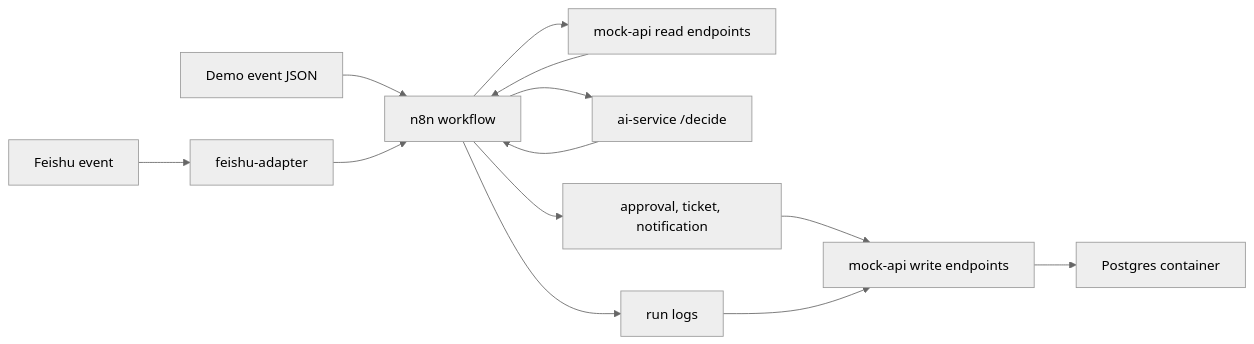
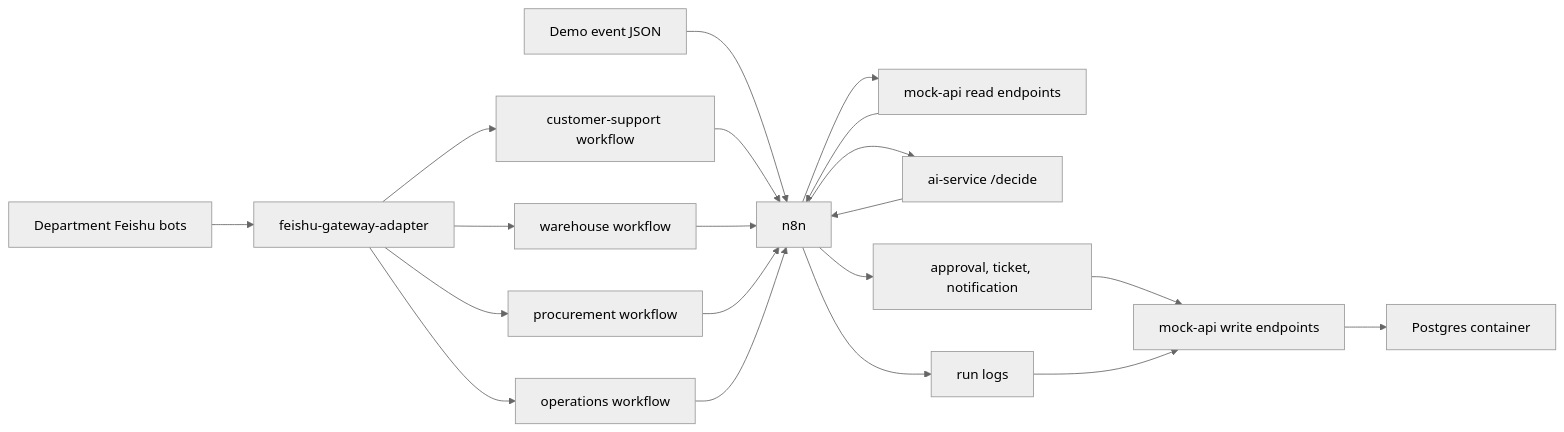
One commit to talon1126/agent changed the diagram in README.md. Above: the diagram before and after it, drawn with Mermaid (neutral theme). The commit also changed other lines of this file and 15 other files, not shown here.

````diff
--- a/README.md
+++ b/README.md
@@ -15,15 +16,22 @@
 ```mermaid
 flowchart LR
     Event["Demo event JSON"] --> N8N["n8n workflow"]
-    Feishu["Feishu event"] --> Adapter["feishu-adapter"]
-    Adapter --> N8N
+    Feishu["Department Feishu bots"] --> Adapter["feishu-gateway-adapter"]
+    Adapter --> CS["customer-support workflow"]
+    Adapter --> WH["warehouse workflow"]
+    Adapter --> PR["procurement workflow"]
+    Adapter --> OPS["operations workflow"]
+    CS --> N8N["n8n"]
+    WH --> N8N
+    PR --> N8N
+    OPS --> N8N
     N8N --> MockRead["mock-api read endpoints"]
     MockRead --> N8N
     N8N --> AI["ai-service /decide"]
     AI --> N8N
     N8N --> Actions["approval, ticket, notification"]
     N8N --> Logs["run logs"]
     Actions --> MockWrite["mock-api write endpoints"]
     Logs --> MockWrite
     MockWrite --> Postgres["Postgres container"]
 ```
````
